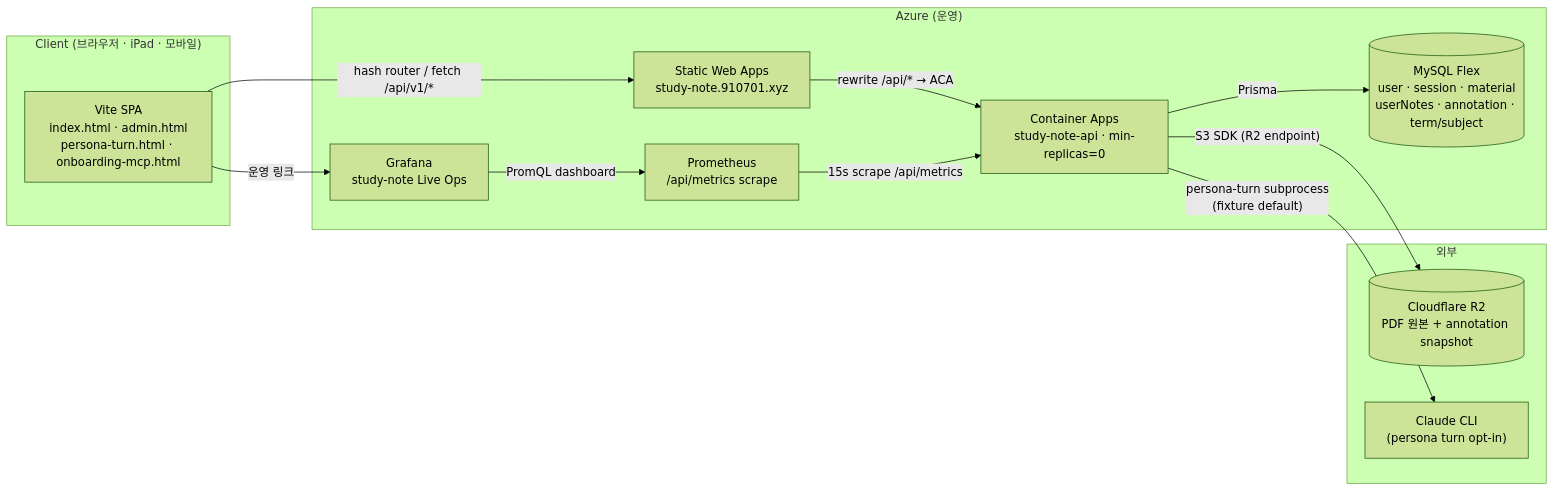
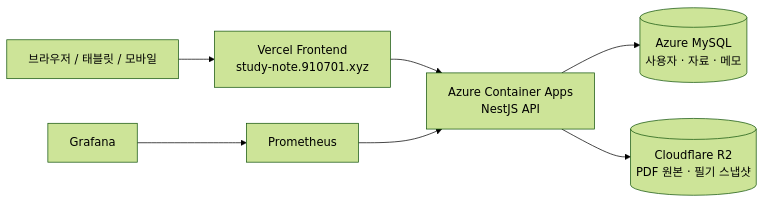
Before and after one commit to MJ-0701/study-note: the diagram in README.md, drawn with Mermaid (forest theme). The commit also changed other lines of this file and 9 other files, not shown here.

````diff
--- a/README.md
+++ b/README.md
@@ -103,28 +55,9 @@
 ```mermaid
 flowchart LR
-    subgraph Client["Client (브라우저 · iPad · 모바일)"]
-        FE["Vite SPA<br/>index.html · admin.html<br/>persona-turn.html · onboarding-mcp.html"]
-    end
-
-    subgraph Edge["Azure (운영)"]
-        SWA["Static Web Apps<br/>study-note.910701.xyz"]
-        ACA["Container Apps<br/>study-note-api · min-replicas=0"]
-        PROM["Prometheus<br/>/api/metrics scrape"]
-        GRAF["Grafana<br/>study-note Live Ops"]
-        MySQL[("MySQL Flex<br/>user · session · material<br/>userNotes · annotation · term/subject")]
-    end
-
-    subgraph External["외부"]
-        R2[("Cloudflare R2<br/>PDF 원본 + annotation snapshot")]
-        Claude["Claude CLI<br/>(persona turn opt-in)"]
-    end
-
-    FE -- "hash router / fetch /api/v1/*" --> SWA
-    SWA -- "rewrite /api/* → ACA" --> ACA
-    ACA -- "Prisma" --> MySQL
-    ACA -- "S3 SDK (R2 endpoint)" --> R2
-    PROM -- "15s scrape /api/metrics" --> ACA
-    GRAF -- "PromQL dashboard" --> PROM
-    ACA -- "persona-turn subprocess<br/>(fixture default)" --> Claude
-    FE -- "운영 링크" --> GRAF
+    User["브라우저 / 태블릿 / 모바일"] --> Web["Vercel Frontend<br/>study-note.910701.xyz"]
+    Web --> Api["Azure Container Apps<br/>NestJS API"]
+    Api --> Db[("Azure MySQL<br/>사용자 · 자료 · 메모")]
+    Api --> R2[("Cloudflare R2<br/>PDF 원본 · 필기 스냅샷")]
+    Prom["Prometheus"] --> Api
+    Graf["Grafana"] --> Prom
 ```
````
